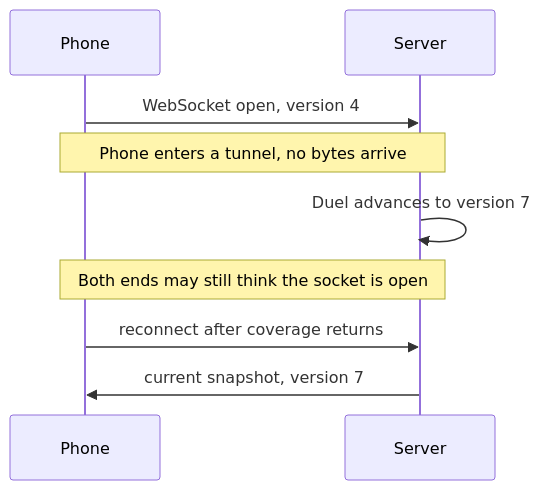
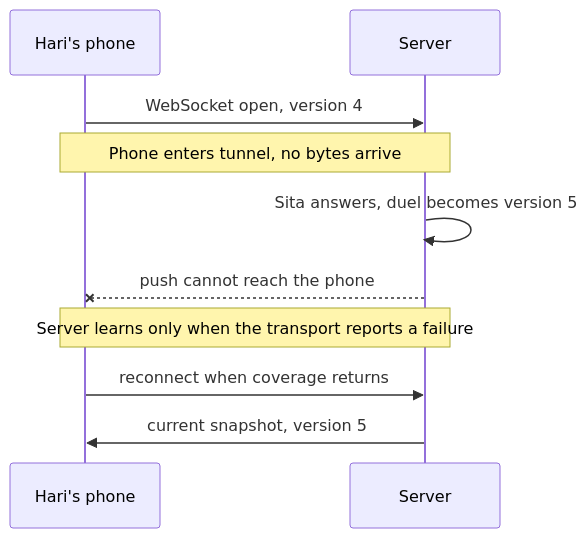
The diagram in site/src/content/docs/maths/0026-disconnects-and-reconnects.mdx (harijoshi07/backend-engineering), drawn with Mermaid before and after one commit. The commit also changed other lines of this file and 1 other file, not shown here.

````diff
--- a/site/src/content/docs/maths/0026-disconnects-and-reconnects.mdx
+++ b/site/src/content/docs/maths/0026-disconnects-and-reconnects.mdx
@@ -27,11 +37,12 @@
 ```mermaid
 sequenceDiagram
-    participant P as Phone
+    participant P as Hari's phone
     participant S as Server
     P->>S: WebSocket open, version 4
-    Note over P,S: Phone enters a tunnel, no bytes arrive
-    S->>S: Duel advances to version 7
-    Note over P,S: Both ends may still think the socket is open
-    P->>S: reconnect after coverage returns
-    S->>P: current snapshot, version 7
+    Note over P,S: Phone enters tunnel, no bytes arrive
+    S->>S: Sita answers, duel becomes version 5
+    S--xP: push cannot reach the phone
+    Note over P,S: Server learns only when the transport reports a failure
+    P->>S: reconnect when coverage returns
+    S->>P: current snapshot, version 5
 ```
````
